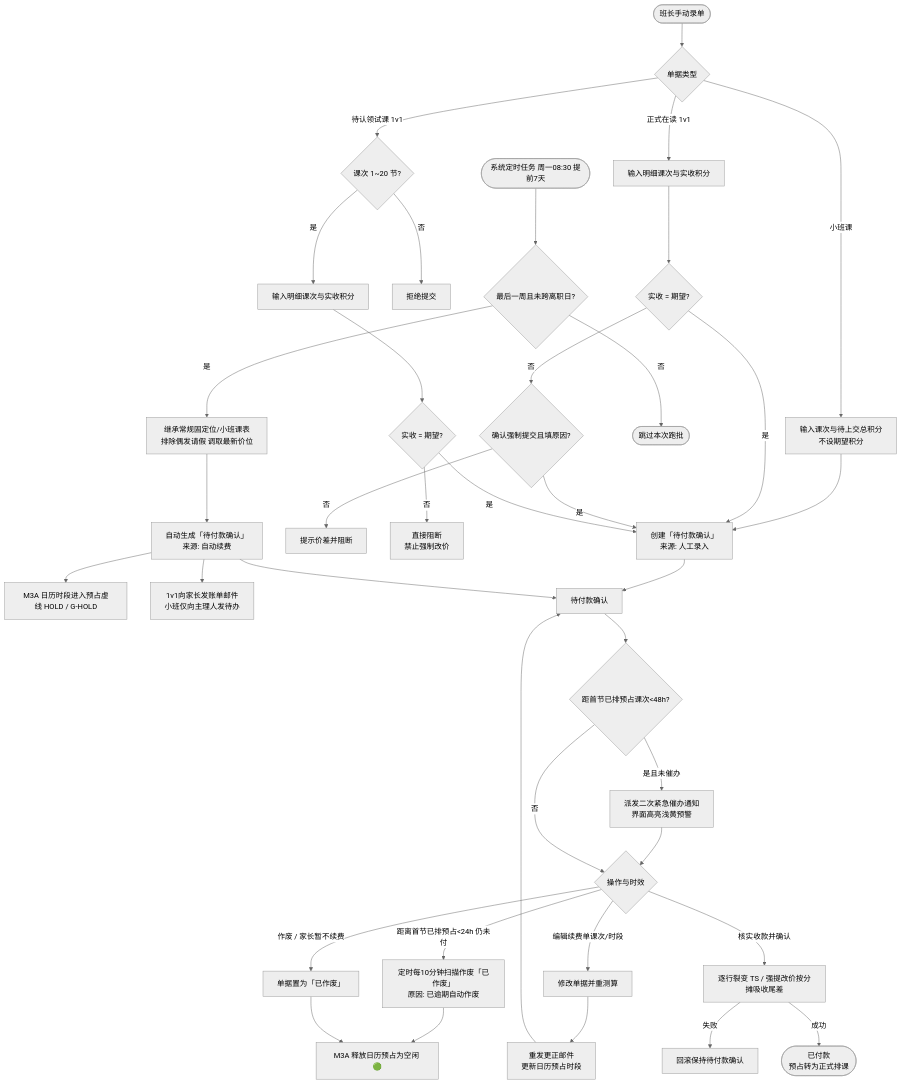
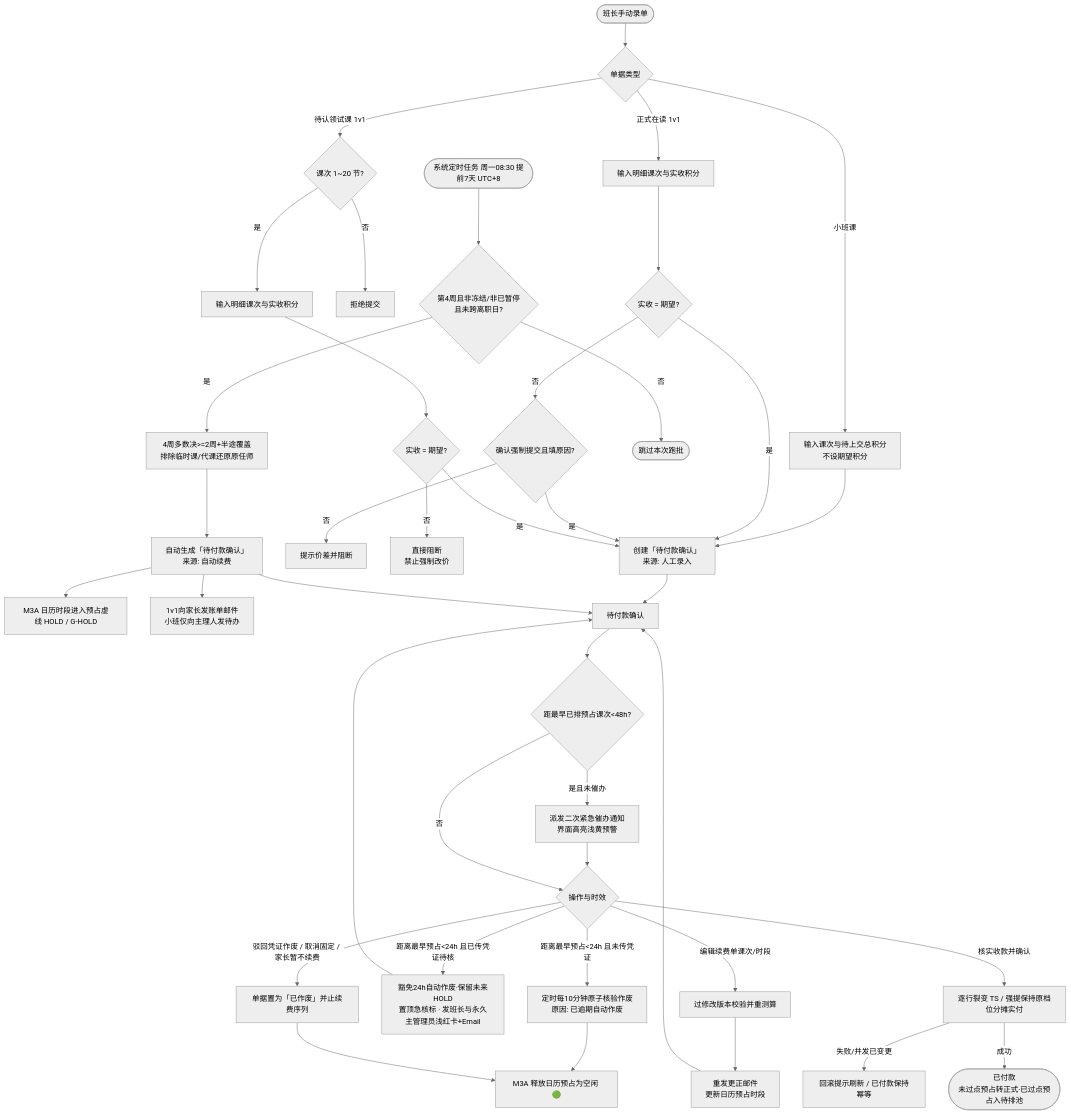
Before and after one commit to Onezao/dream: the second of 2 diagrams in docs/prd/m2a_course_orders.md, drawn with Mermaid (neutral theme). The commit also changed other lines of this file and 34 other files, not shown here.

````diff
--- a/docs/prd/m2a_course_orders.md
+++ b/docs/prd/m2a_course_orders.md
@@ -402,49 +418,52 @@
 ```mermaid
 flowchart TD
     StartManual([班长手动录单]) --> Type{单据类型}
     Type -- 小班课 --> InputGroup[输入课次与待上交总积分\n不设期望积分]
     InputGroup --> CreateManual[创建「待付款确认」\n来源: 人工录入]
 
     Type -- 正式在读 1v1 --> InputActive[输入明细课次与实收积分]
     InputActive --> CheckActive{实收 = 期望?}
     CheckActive -- 是 --> CreateManual
     CheckActive -- 否 --> Force{确认强制提交且填原因?}
     Force -- 否 --> Block[提示价差并阻断]
     Force -- 是 --> CreateManual
 
     Type -- 待认领试课 1v1 --> Limit{课次 1~20 节?}
     Limit -- 否 --> Reject1[拒绝提交]
     Limit -- 是 --> InputUnbound[输入明细课次与实收积分]
     InputUnbound --> CheckUnbound{实收 = 期望?}
     CheckUnbound -- 否 --> BlockUnbound[直接阻断\n禁止强制改价]
     CheckUnbound -- 是 --> CreateManual
     
-    StartAuto([系统定时任务 周一08:30 提前7天]) --> Scan{最后一周且未跨离职日?}
+    StartAuto([系统定时任务 周一08:30 提前7天 UTC+8]) --> Scan{第4周且非冻结/非已暂停\n且未跨离职日?}
     Scan -- 否 --> EndAuto([跳过本次跑批])
-    Scan -- 是 --> Calc[继承常规固定位/小班课表\n排除偶发请假 调取最新价位]
+    Scan -- 是 --> Calc[4周多数决>=2周+半途覆盖\n排除临时课/代课还原原任师]
     Calc --> CreateAuto[自动生成「待付款确认」\n来源: 自动续费]
     CreateAuto --> HoldGrid[M3A 日历时段进入预占虚线 HOLD / G-HOLD]
     CreateAuto --> SendMail["1v1向家长发账单邮件\n小班仅向主理人发待办"]
     
     CreateManual --> PendingState[待付款确认]
     CreateAuto --> PendingState
     
-    PendingState --> CheckUrgent{距首节已排预占课次<48h?}
+    PendingState --> CheckUrgent{距最早已排预占课次<48h?}
     CheckUrgent -- 是且未催办 --> SendUrgent[派发二次紧急催办通知\n界面高亮浅黄预警]
     SendUrgent --> MonitorAction{操作与时效}
     CheckUrgent -- 否 --> MonitorAction
     
-    MonitorAction -- 距离首节已排预占<24h 仍未付 --> AutoExpire["定时每10分钟扫描作废「已作废」\n原因: 已逾期自动作废"]
+    MonitorAction -- 距离最早预占<24h 且未传凭证 --> AutoExpire["定时每10分钟原子核验作废\n原因: 已逾期自动作废"]
     AutoExpire --> ReleaseGrid[M3A 释放日历预占为空闲 🟢]
     
-    MonitorAction -- 编辑续费单课次/时段 --> EditOrder[修改单据并重测算]
+    MonitorAction -- 距离最早预占<24h 且已传凭证待核 --> ExemptHold["豁免24h自动作废·保留未来HOLD\n置顶急核标 · 发班长与永久主管理员浅红卡+Email"]
+    ExemptHold --> PendingState
+    
+    MonitorAction -- 编辑续费单课次/时段 --> EditOrder[过修改版本校验并重测算]
     EditOrder --> ReMail[重发更正邮件\n更新日历预占时段]
     ReMail --> PendingState
     
-    MonitorAction -- 作废 / 家长暂不续费 --> ManualCancel[单据置为「已作废」]
+    MonitorAction -- 驳回凭证作废 / 取消固定 / 家长暂不续费 --> ManualCancel[单据置为「已作废」并止续费序列]
     ManualCancel --> ReleaseGrid
     
-    MonitorAction -- 核实收款并确认 --> Fission[逐行裂变 TS / 强提改价按分摊吸收尾差]
-    Fission -- 失败 --> Rollback[回滚保持待付款确认]
-    Fission -- 成功 --> Paid([已付款\n预占转为正式排课])
+    MonitorAction -- 核实收款并确认 --> Fission[逐行裂变 TS / 强提保持原档位分摊实付]
+    Fission -- 失败/并发已变更 --> Rollback[回滚提示刷新 / 已付款保持幂等]
+    Fission -- 成功 --> Paid(["已付款\n未过点预占转正式·已过点预占入待排池"])
 ```
````
